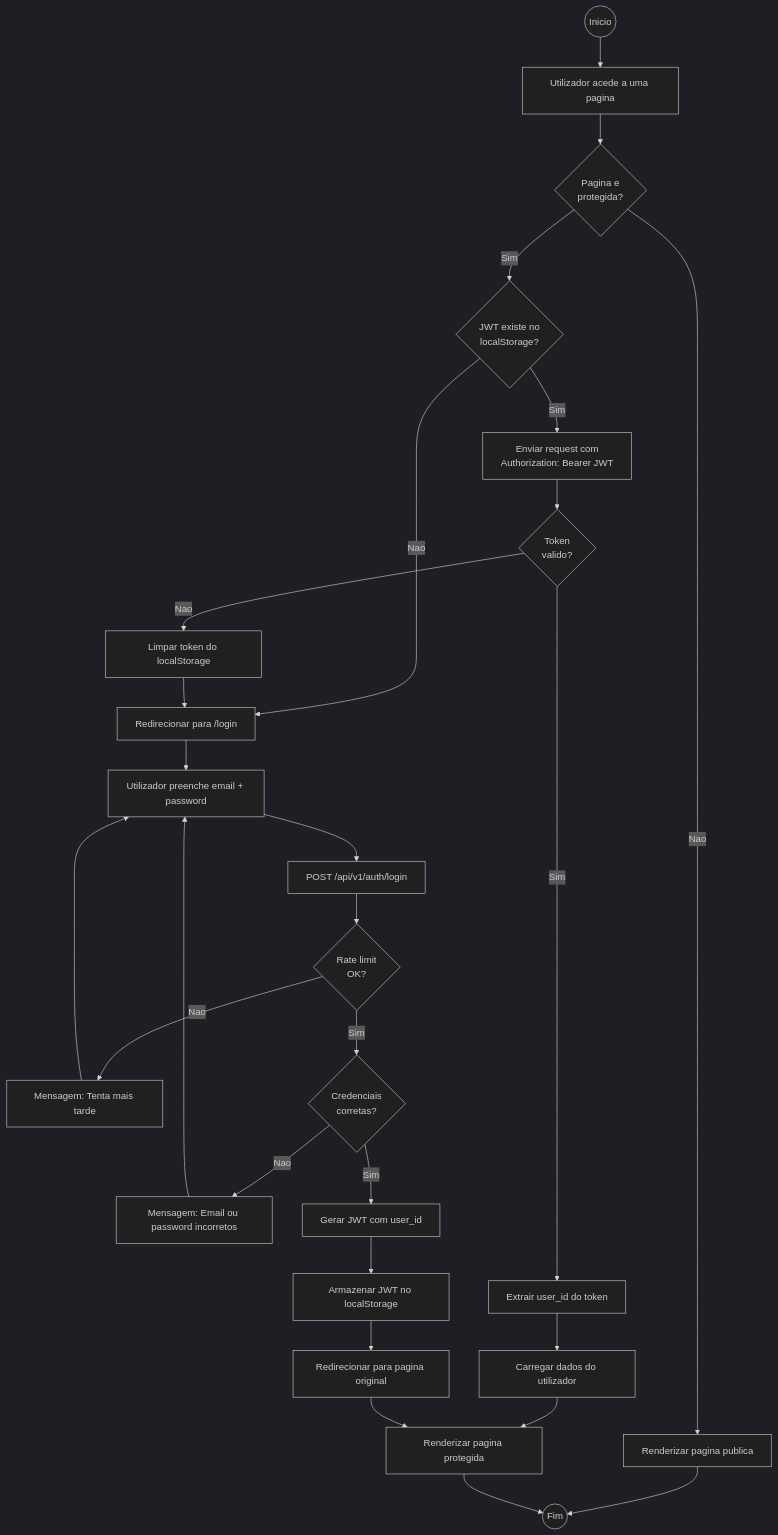
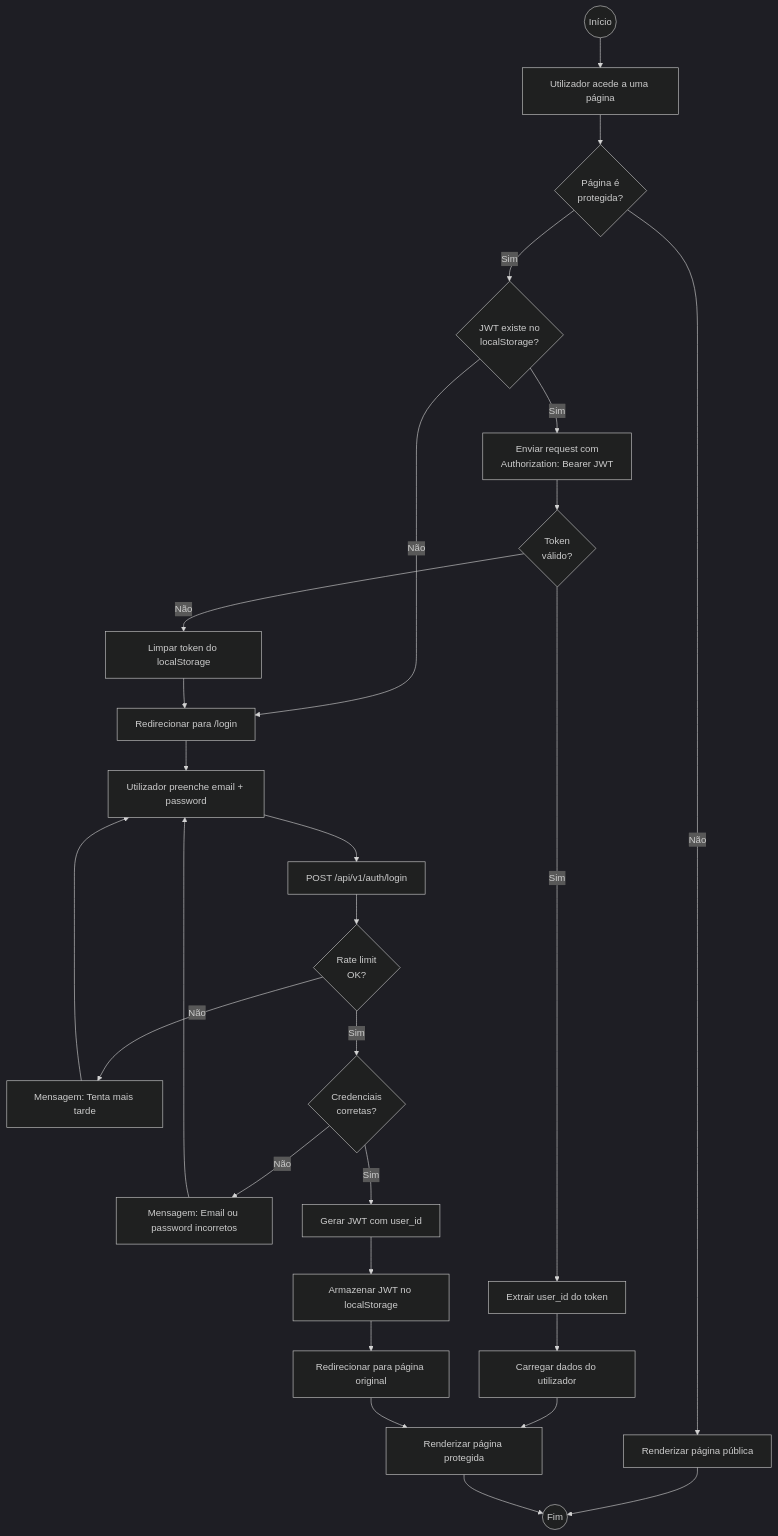
One commit to henriquelaia/FinTwin changed the third of 3 diagrams in docs/sprint1/05_diagramas_atividade.md. Above: the diagram before and after it, drawn with Mermaid (dark theme). The commit also changed other lines of this file and 11 other files, not shown here.

````diff
--- a/docs/sprint1/05_diagramas_atividade.md
+++ b/docs/sprint1/05_diagramas_atividade.md
@@ -84,38 +84,38 @@
 ```mermaid
 flowchart TD
-    START((Inicio)) --> ACCESS[Utilizador acede a uma pagina]
-    ACCESS --> PROT{Pagina e<br/>protegida?}
+    START((Início)) --> ACCESS[Utilizador acede a uma página]
+    ACCESS --> PROT{Página é<br/>protegida?}
 
-    PROT -->|Nao| RENDER[Renderizar pagina publica]
+    PROT -->|Não| RENDER[Renderizar página pública]
     RENDER --> END((Fim))
 
     PROT -->|Sim| TOKEN{JWT existe no<br/>localStorage?}
-    TOKEN -->|Nao| LOGIN[Redirecionar para /login]
+    TOKEN -->|Não| LOGIN[Redirecionar para /login]
 
     TOKEN -->|Sim| VERIFY[Enviar request com<br/>Authorization: Bearer JWT]
-    VERIFY --> VALID{Token<br/>valido?}
+    VERIFY --> VALID{Token<br/>válido?}
 
     VALID -->|Sim| AUTH[Extrair user_id do token]
     AUTH --> DATA[Carregar dados do utilizador]
-    DATA --> PAGE[Renderizar pagina protegida]
+    DATA --> PAGE[Renderizar página protegida]
     PAGE --> END
 
-    VALID -->|Nao| CLEAR[Limpar token do localStorage]
+    VALID -->|Não| CLEAR[Limpar token do localStorage]
     CLEAR --> LOGIN
 
     LOGIN --> FORM[Utilizador preenche email + password]
     FORM --> SUBMIT[POST /api/v1/auth/login]
     SUBMIT --> RATE{Rate limit<br/>OK?}
 
-    RATE -->|Nao| WAIT[Mensagem: Tenta mais tarde]
+    RATE -->|Não| WAIT[Mensagem: Tenta mais tarde]
     WAIT --> FORM
 
     RATE -->|Sim| CRED{Credenciais<br/>corretas?}
-    CRED -->|Nao| ERRMSG[Mensagem: Email ou password incorretos]
+    CRED -->|Não| ERRMSG[Mensagem: Email ou password incorretos]
     ERRMSG --> FORM
 
     CRED -->|Sim| NEWJWT[Gerar JWT com user_id]
     NEWJWT --> STORE[Armazenar JWT no localStorage]
-    STORE --> REDIRECT[Redirecionar para pagina original]
+    STORE --> REDIRECT[Redirecionar para página original]
     REDIRECT --> PAGE
 ```
````
